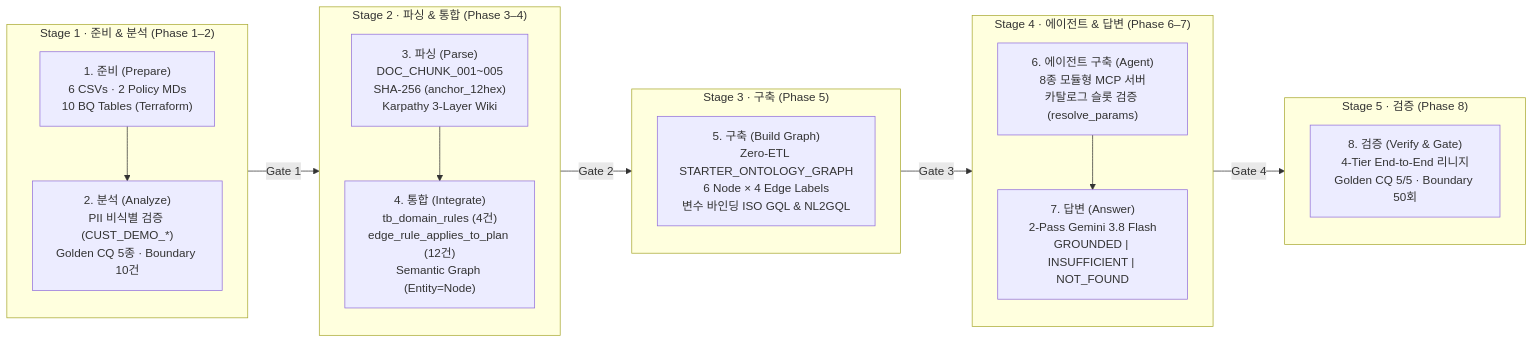
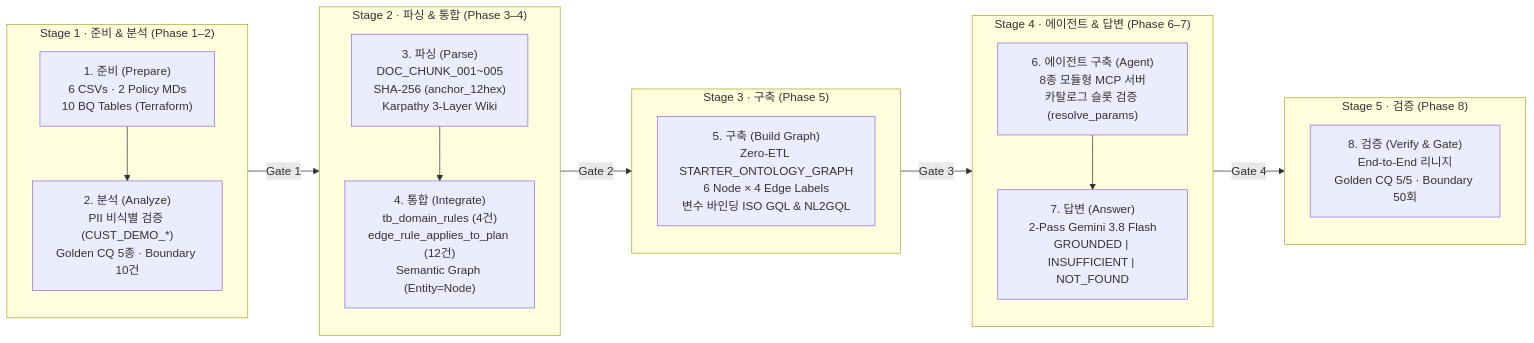
Before and after one commit to seanjungG/agentic-ontology-starter: the first of 2 diagrams in notebooks/README.md, drawn with Mermaid. The commit also changed other lines of this file and 48 other files, not shown here.

First line of the commit message:
feat(goal164): measured lineage spec (GCS/BQ/Spanner graph), workbench without fabricated data, methodology and notebook sync

````diff
--- a/notebooks/README.md
+++ b/notebooks/README.md
@@ -44,19 +44,19 @@
 ```mermaid
 flowchart LR
     subgraph S1["Stage 1 · 준비 & 분석 (Phase 1–2)"]
         P1["1. 준비 (Prepare)<br/>6 CSVs · 2 Policy MDs<br/>10 BQ Tables (Terraform)"] --> P2["2. 분석 (Analyze)<br/>PII 비식별 검증 (CUST_DEMO_*)<br/>Golden CQ 5종 · Boundary 10건"]
     end
     subgraph S2["Stage 2 · 파싱 & 통합 (Phase 3–4)"]
         P3["3. 파싱 (Parse)<br/>DOC_CHUNK_001~005<br/>SHA-256 (anchor_12hex)<br/>Karpathy 3-Layer Wiki"] --> P4["4. 통합 (Integrate)<br/>tb_domain_rules (4건)<br/>edge_rule_applies_to_plan (12건)<br/>Semantic Graph (Entity=Node)"]
     end
     subgraph S3["Stage 3 · 구축 (Phase 5)"]
         P5["5. 구축 (Build Graph)<br/>Zero-ETL STARTER_ONTOLOGY_GRAPH<br/>6 Node × 4 Edge Labels<br/>변수 바인딩 ISO GQL & NL2GQL"]
     end
     subgraph S4["Stage 4 · 에이전트 & 답변 (Phase 6–7)"]
         P6["6. 에이전트 구축 (Agent)<br/>8종 모듈형 MCP 서버<br/>카탈로그 슬롯 검증 (resolve_params)"] --> P7["7. 답변 (Answer)<br/>2-Pass Gemini 3.8 Flash<br/>GROUNDED | INSUFFICIENT | NOT_FOUND"]
     end
     subgraph S5["Stage 5 · 검증 (Phase 8)"]
-        P8["8. 검증 (Verify & Gate)<br/>4-Tier End-to-End 리니지<br/>Golden CQ 5/5 · Boundary 50회"]
+        P8["8. 검증 (Verify & Gate)<br/>End-to-End 리니지<br/>Golden CQ 5/5 · Boundary 50회"]
     end
     S1 -->|"Gate 1"| S2 -->|"Gate 2"| S3 -->|"Gate 3"| S4 -->|"Gate 4"| S5
 ```
````
